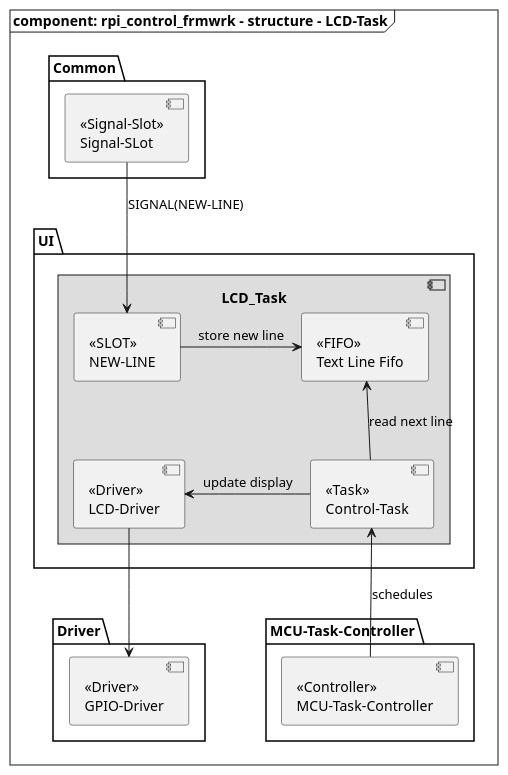
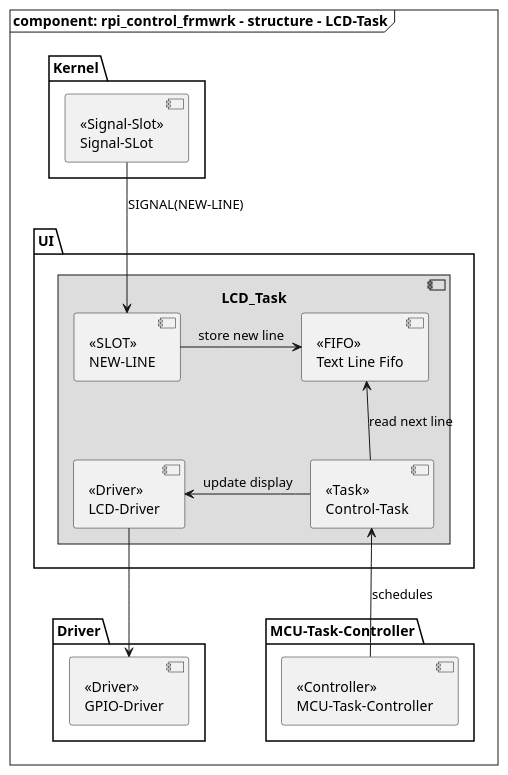
One commit to smuuze/rpi_control_frmwrk changed the diagram in uml/rpi_control_frmwrk_diagram_component_lcd_task.puml. Above: the diagram before and after it, drawn with PlantUML. The commit also changed 11 other files, not shown here.

Commit message:
MOD: UML - diagrams updated

```diff
--- a/uml/rpi_control_frmwrk_diagram_component_lcd_task.puml
+++ b/uml/rpi_control_frmwrk_diagram_component_lcd_task.puml
@@ -1,65 +1,68 @@
 @startuml rpi_control_frmwrk_diagram_component_lcd_task
 
 skinparam monochrome true
 'skinparam linetype ortho
 skinparam style strictuml
 
 frame "component: rpi_control_frmwrk - structure - LCD-Task" {
 
     package "UI" {
         component LCD_Task #DDDDDD {
 
             component fifo [
                 <<FIFO>>
                 Text Line Fifo
             ]
 
             component slot_line [
                 <<SLOT>>
                 NEW-LINE
             ]
 
             component control_task [
                 <<Task>>
                 Control-Task
             ]
 
             component lcd_driver [
                 <<Driver>>
                 LCD-Driver
             ]
 
             slot_line -right-> fifo : store new line
 
             control_task -up-> fifo : read next line
             control_task -left-> lcd_driver : update display
         }
     }
 
     package "MCU-Task-Controller" {
         component task_controller[
             <<Controller>>
             MCU-Task-Controller
         ]
     }
 
-    package "Common" {
+    package "Kernel" {
         component signal_slot [
             <<Signal-Slot>>
             Signal-SLot
         ]
+
+        url of signal_slot is [[www.google.de{This is Dog}]]
     }
 
     package "Driver" {
         component gpio_driver [
             <<Driver>>
             GPIO-Driver
         ]
     }
 
     signal_slot -down-> slot_line : SIGNAL(NEW-LINE)
     task_controller -up-> control_task : schedules
     lcd_driver -down-> gpio_driver
 
 }
+
 @enduml
```
